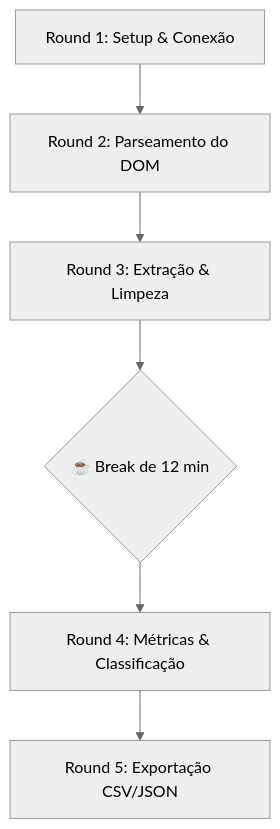
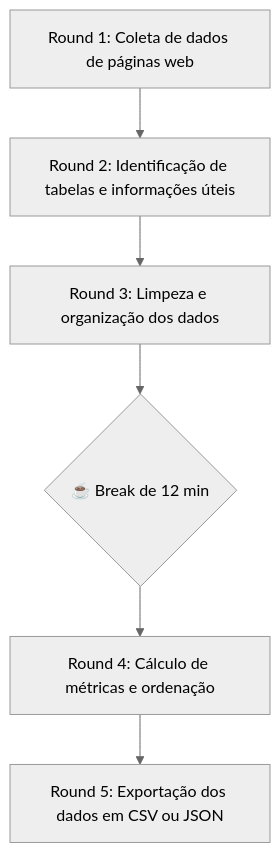
The diagram in README.md (grupy-pa/ii-dojo-de-codigo-web-scraping), drawn with Mermaid (neutral theme) before and after one commit. The commit also changed other lines of this file and 1 other file, not shown here.

Commit message:
docs: update dojo roadmap descriptions and function docstrings for clarity

````diff
--- a/README.md
+++ b/README.md
@@ -45,8 +45,8 @@
 ```mermaid
 graph TD
-    R1[Round 1: Setup & Conexão] --> R2[Round 2: Parseamento do DOM]
-    R2 --> R3[Round 3: Extração & Limpeza]
+    R1[Round 1: Coleta de dados de páginas web] --> R2[Round 2: Identificação de tabelas e informações úteis]
+    R2 --> R3[Round 3: Limpeza e organização dos dados]
     R3 --> Break{☕ Break de 12 min}
-    Break --> R4[Round 4: Métricas & Classificação]
-    R4 --> R5[Round 5: Exportação CSV/JSON]
+    Break --> R4[Round 4: Cálculo de métricas e ordenação]
+    R4 --> R5[Round 5: Exportação dos dados em CSV ou JSON]
 ```
````
